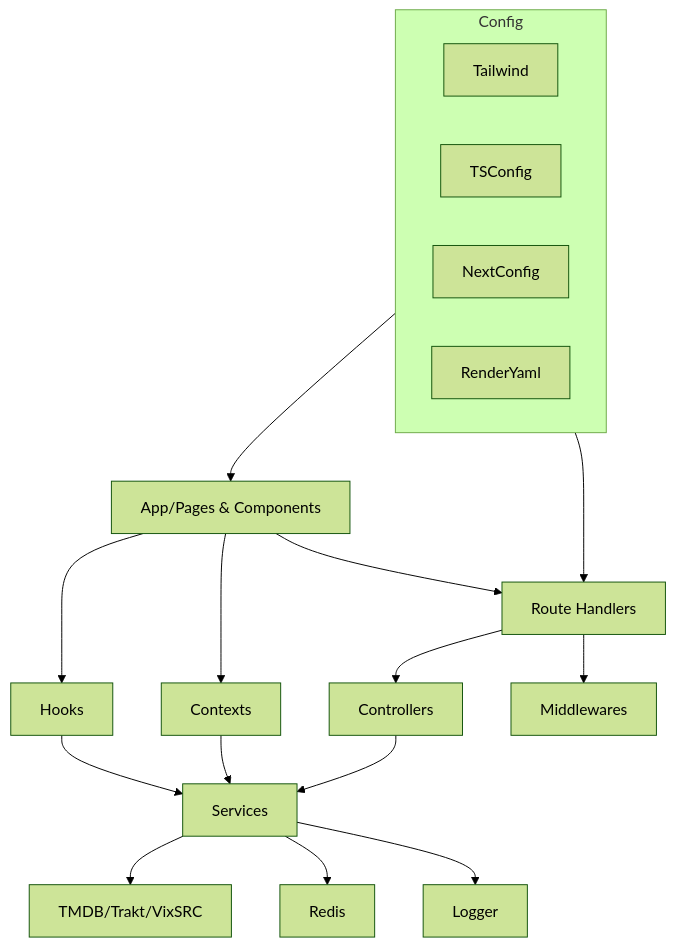
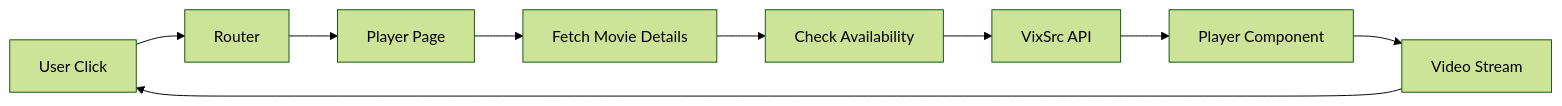
The fourth of 4 diagrams in doc/studio/moduli/02-architettura-progetto.md (elteo003/TheHustlePlace), drawn with Mermaid (forest theme) before and after one commit. The commit also changed other lines of this file and 6 other files, not shown here.

````diff
--- a/doc/studio/moduli/02-architettura-progetto.md
+++ b/doc/studio/moduli/02-architettura-progetto.md
@@ -9,22 +835,11 @@
 ```mermaid
-flowchart TB
-  UI[App/Pages & Components] --> Ctx[Contexts]
-  UI --> Hooks
-  Hooks --> Services
-  Ctx --> Services
-  UI --> API[Route Handlers]
-  API --> Ctrls[Controllers]
-  Ctrls --> Services
-  Services --> Ext[TMDB/Trakt/VixSRC]
-  Services --> Cache[Redis]
-  Services --> Log[Logger]
-  API --> Middle[Middlewares]
-  subgraph Config
-    Tailwind
-    TSConfig
-    NextConfig
-    RenderYaml
-  end
-  Config --> UI
-  Config --> API
+flowchart LR
+    U[User Click] --> Router
+    Router --> P[Player Page]
+    P --> Fetch[Fetch Movie Details]
+    Fetch --> Check[Check Availability]
+    Check --> Vixsrc[VixSrc API]
+    Vixsrc --> PlayerUI[Player Component]
+    PlayerUI --> Stream[Video Stream]
+    Stream --> U
 ```
````
